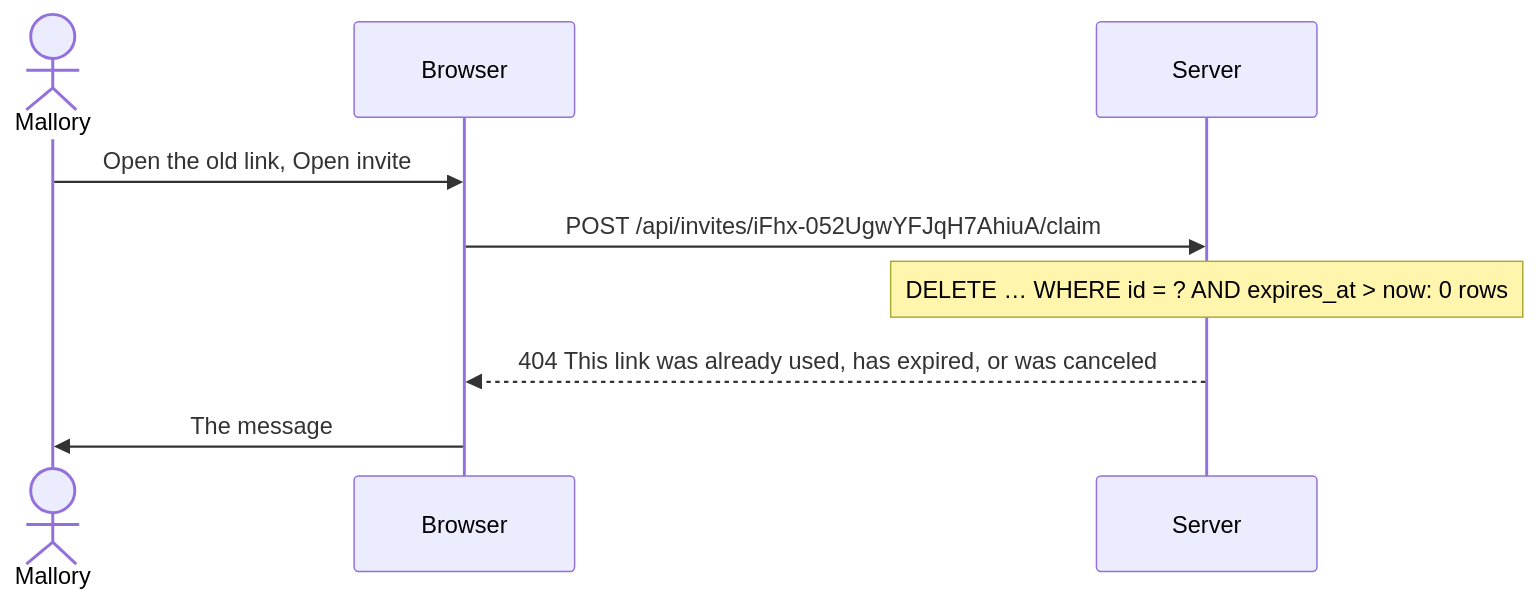
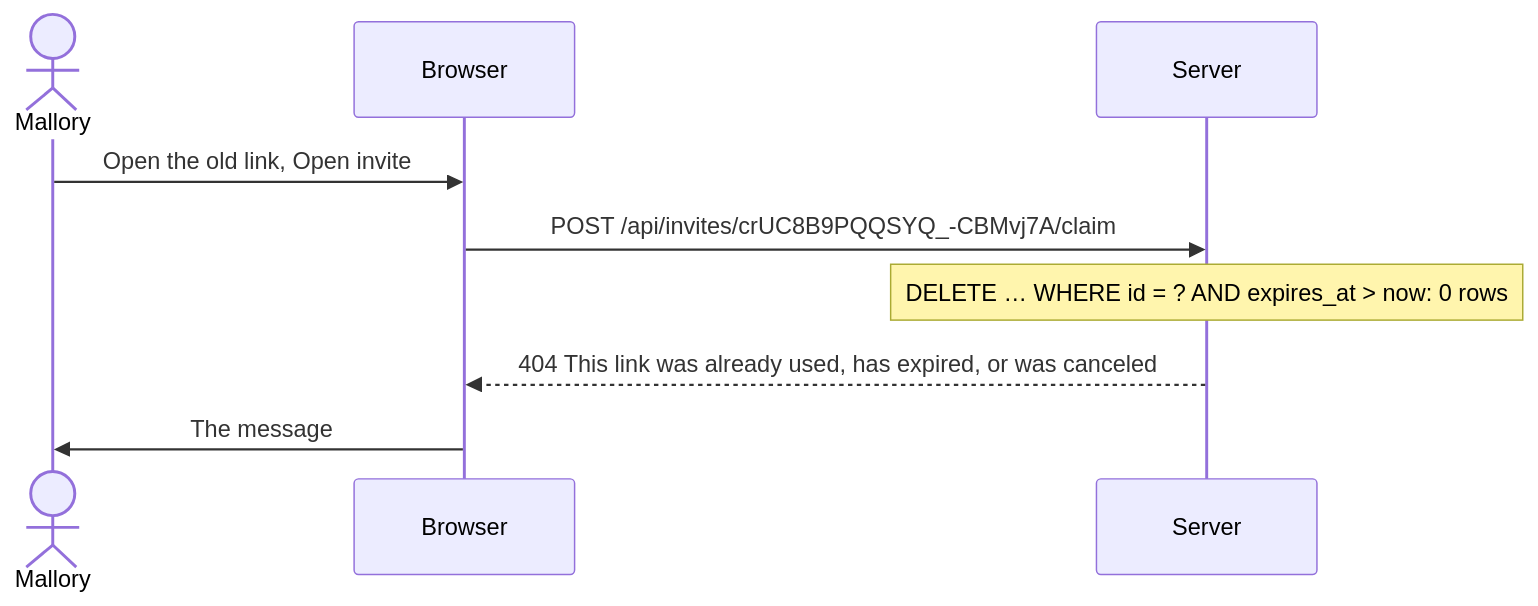
The first of 2 diagrams in docs/06-invite-expired-or-reused.md (intaniger/secretbox), drawn with Mermaid before and after one commit. The commit also changed other lines of this file and 26 other files, not shown here.

````diff
--- a/docs/06-invite-expired-or-reused.md
+++ b/docs/06-invite-expired-or-reused.md
@@ -29,11 +29,11 @@
 ```mermaid
 sequenceDiagram
   actor M as Mallory
   participant B as Browser
   participant S as Server
   M->>B: Open the old link, Open invite
-  B->>S: POST /api/invites/iFhx-052UgwYFJqH7AhiuA/claim
+  B->>S: POST /api/invites/crUC8B9PQQSYQ_-CBMvj7A/claim
   Note over S: DELETE … WHERE id = ? AND expires_at > now: 0 rows
   S-->>B: 404 This link was already used, has expired, or was canceled
   B->>M: The message
 ```
````
